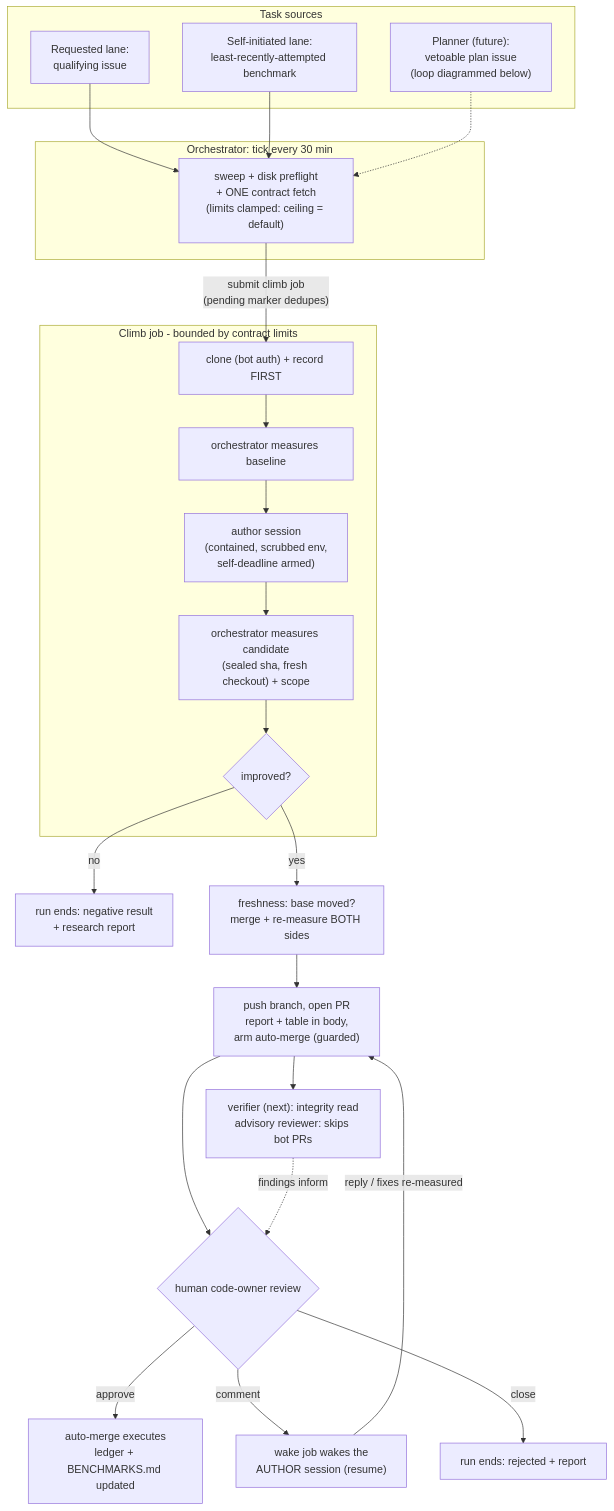
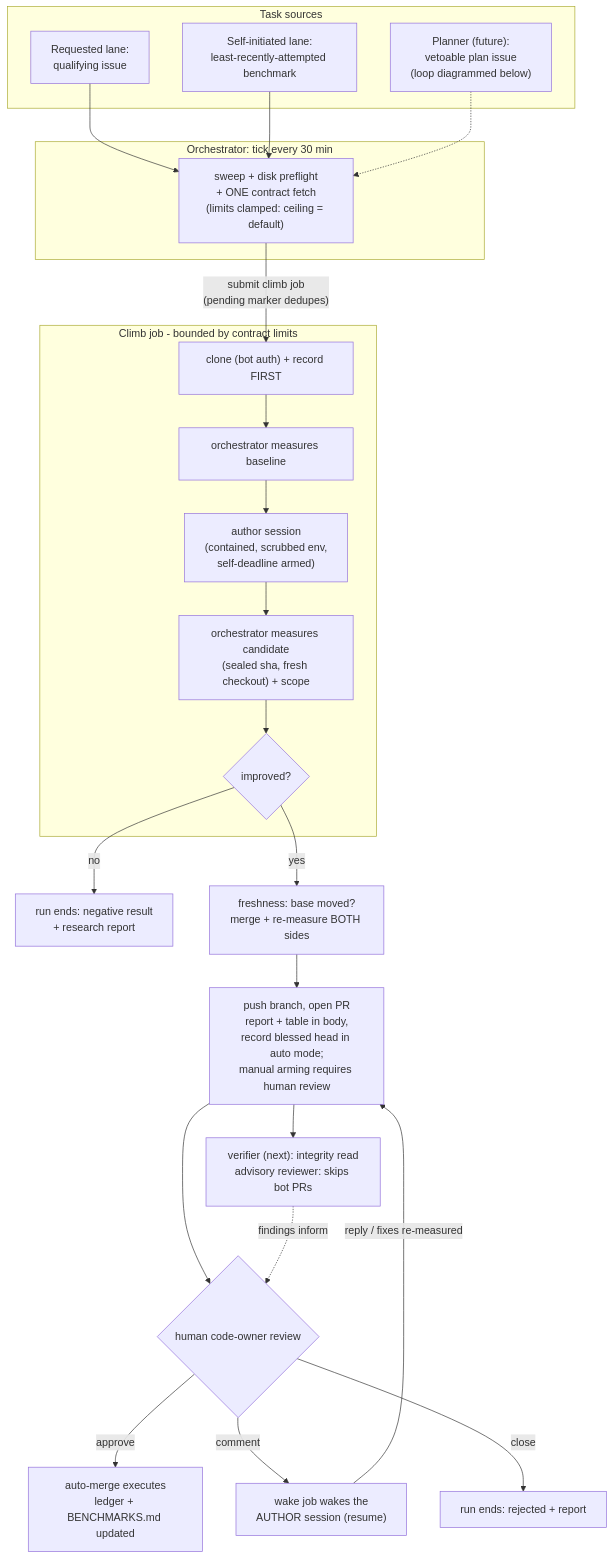
Before and after one commit to outerloop-science/outerloop: the first of 4 diagrams in docs/design/roles.md, drawn with Mermaid. The commit also changed other lines of this file and 26 other files, not shown here.

````diff
--- a/docs/design/roles.md
+++ b/docs/design/roles.md
@@ -39,37 +39,37 @@
 ```mermaid
 flowchart TD
     subgraph sources [Task sources]
         I["Requested lane:<br/>qualifying issue"]
         S["Self-initiated lane:<br/>least-recently-attempted benchmark"]
         P["Planner (future):<br/>vetoable plan issue<br/>(loop diagrammed below)"]
     end
 
     subgraph tick [Orchestrator: tick every 30 min]
         T["sweep + disk preflight<br/>+ ONE contract fetch<br/>(limits clamped: ceiling = default)"]
     end
 
     I --> T
     S --> T
     P -.-> T
 
     subgraph climb [Climb job - bounded by contract limits]
         C["clone (bot auth) + record FIRST"] --> B["orchestrator measures baseline"]
         B --> A["author session<br/>(contained, scrubbed env,<br/>self-deadline armed)"]
         A --> E["orchestrator measures candidate<br/>(sealed sha, fresh checkout) + scope"]
         E --> F{improved?}
     end
 
     T -->|"submit climb job<br/>(pending marker dedupes)"| C
 
     F -->|no| R0["run ends: negative result<br/>+ research report"]
     F -->|yes| G["freshness: base moved?<br/>merge + re-measure BOTH sides"]
-    G --> PR["push branch, open PR<br/>report + table in body,<br/>arm auto-merge (guarded)"]
+    G --> PR["push branch, open PR<br/>report + table in body,<br/>record blessed head in auto mode;<br/>manual arming requires human review"]
 
     PR --> V["verifier (next): integrity read<br/>advisory reviewer: skips bot PRs"]
     PR --> H{human code-owner review}
     V -.->|findings inform| H
     H -->|approve| M["auto-merge executes<br/>ledger + BENCHMARKS.md updated"]
     H -->|comment| W["wake job wakes the<br/>AUTHOR session (resume)"]
     W -->|reply / fixes re-measured| PR
     H -->|close| R1["run ends: rejected + report"]
 ```
````
